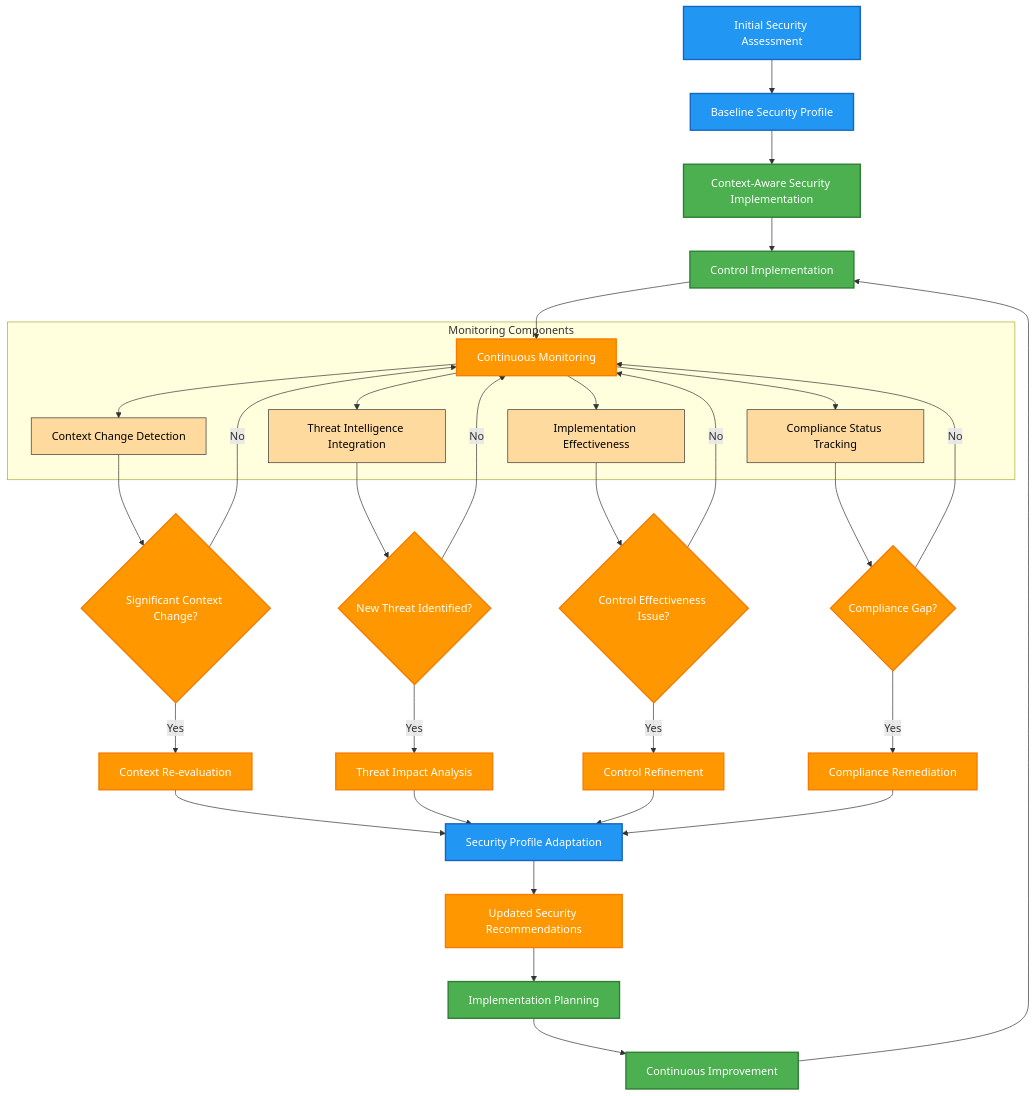
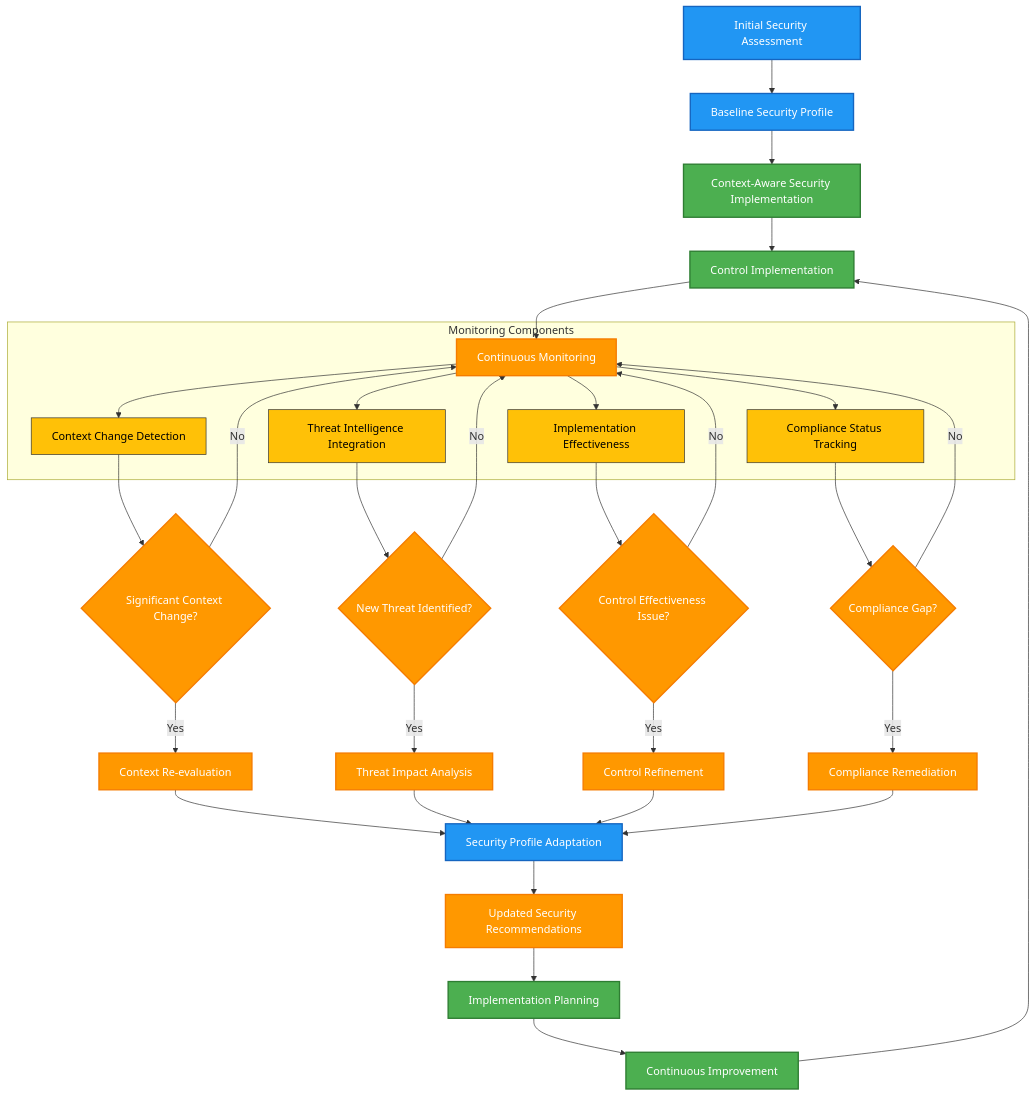
One commit to Hack23/cia-compliance-manager changed the third of 15 diagrams in docs/architecture/FUTURE_FLOWCHART.md. Above: the diagram before and after it, drawn with Mermaid. The commit also changed other lines of this file and 18 other files, not shown here.

````diff
--- a/docs/architecture/FUTURE_FLOWCHART.md
+++ b/docs/architecture/FUTURE_FLOWCHART.md
@@ -205,59 +205,59 @@
 ```mermaid
 flowchart TD
     A[Initial Security Assessment] --> B[Baseline Security Profile]
     B --> C[Context-Aware Security Implementation]
     
     C --> D[Control Implementation]
     D --> E[Continuous Monitoring]
     
     subgraph "Monitoring Components"
         E --> F1[Context Change Detection]
         E --> F2[Threat Intelligence Integration]
         E --> F3[Implementation Effectiveness]
         E --> F4[Compliance Status Tracking]
     end
     
     F1 --> G{Significant Context Change?}
     G -->|Yes| H1[Context Re-evaluation]
     G -->|No| E
     
     F2 --> I{New Threat Identified?}
     I -->|Yes| H2[Threat Impact Analysis]
     I -->|No| E
     
     F3 --> J{Control Effectiveness Issue?}
     J -->|Yes| H3[Control Refinement]
     J -->|No| E
     
     F4 --> K{Compliance Gap?}
     K -->|Yes| H4[Compliance Remediation]
     K -->|No| E
     
     H1 --> L[Security Profile Adaptation]
     H2 --> L
     H3 --> L
     H4 --> L
     
     L --> M[Updated Security Recommendations]
     M --> N[Implementation Planning]
     N --> O[Continuous Improvement]
     O --> D
 
     classDef start fill:#2196F3,stroke:#1565C0,stroke-width:2px,color:#ffffff
     classDef profile fill:#2196F3,stroke:#1565C0,stroke-width:2px,color:#ffffff
     classDef implement fill:#4CAF50,stroke:#2E7D32,stroke-width:2px,color:#ffffff
     classDef monitor fill:#FF9800,stroke:#F57C00,stroke-width:2px,color:#ffffff
-    classDef monTypes fill:#ffda9e,stroke:#333,stroke-width:1px,color:black
+    classDef monTypes fill:#FFC107,stroke:#FFA000,stroke-width:2px,color:#000000,stroke:#333,stroke-width:1px,color:black
     classDef decision fill:#FF9800,stroke:#F57C00,stroke-width:2px,color:#ffffff
     classDef analysis fill:#FF9800,stroke:#F57C00,stroke-width:2px,color:#ffffff
     classDef update fill:#FF9800,stroke:#F57C00,stroke-width:2px,color:#ffffff
     
     class A start
     class B,L profile
     class C,D,N,O implement
     class E monitor
     class F1,F2,F3,F4 monTypes
     class G,I,J,K decision
     class H1,H2,H3,H4 analysis
     class M update
 ```
````
